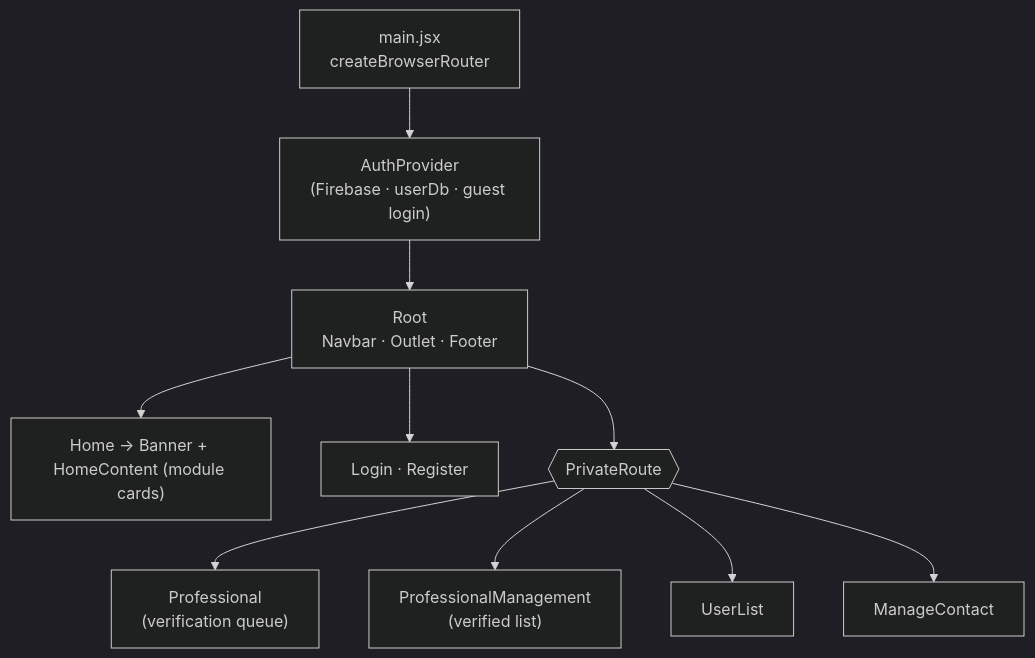
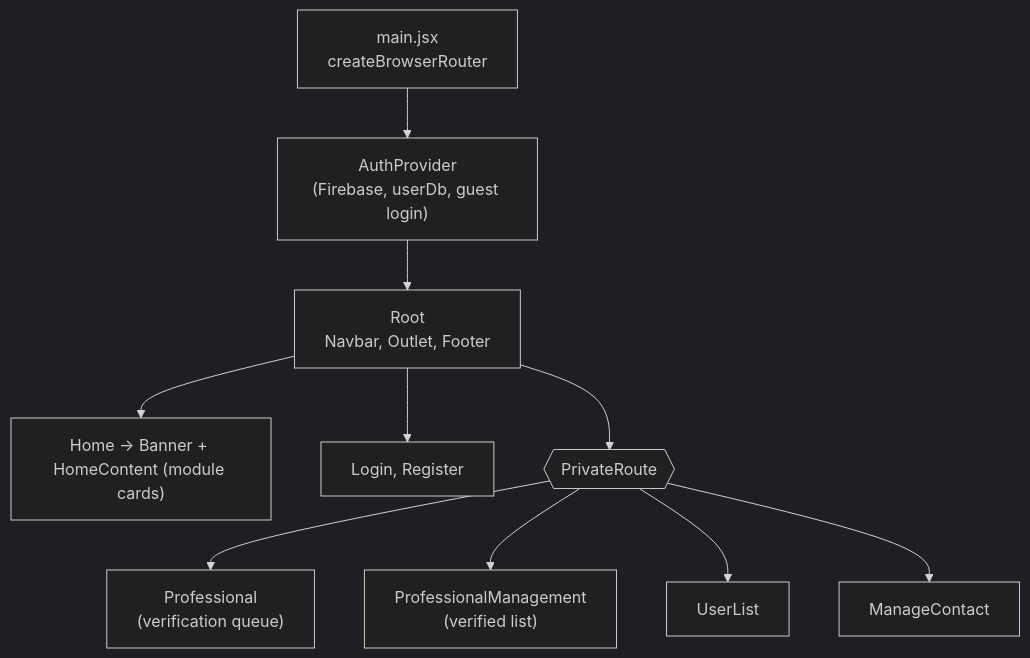
The second of 5 diagrams in README.md (mahfuzhasanreza/kawan-admin), drawn with Mermaid (dark theme) before and after one commit. The commit also changed other lines of this file, not shown here.

````diff
--- a/README.md
+++ b/README.md
@@ -120,12 +120,12 @@
 ```mermaid
 flowchart TB
-    M["main.jsx<br/>createBrowserRouter"] --> AP["AuthProvider<br/>(Firebase · userDb · guest login)"]
-    AP --> R["Root<br/>Navbar · Outlet · Footer"]
+    M["main.jsx<br/>createBrowserRouter"] --> AP["AuthProvider<br/>(Firebase, userDb, guest login)"]
+    AP --> R["Root<br/>Navbar, Outlet, Footer"]
     R --> H["Home → Banner + HomeContent (module cards)"]
-    R --> L["Login · Register"]
+    R --> L["Login, Register"]
     R --> PR{{"PrivateRoute"}}
     PR --> PV["Professional<br/>(verification queue)"]
     PR --> PM["ProfessionalManagement<br/>(verified list)"]
     PR --> UL["UserList"]
     PR --> MC["ManageContact"]
 ```
````
